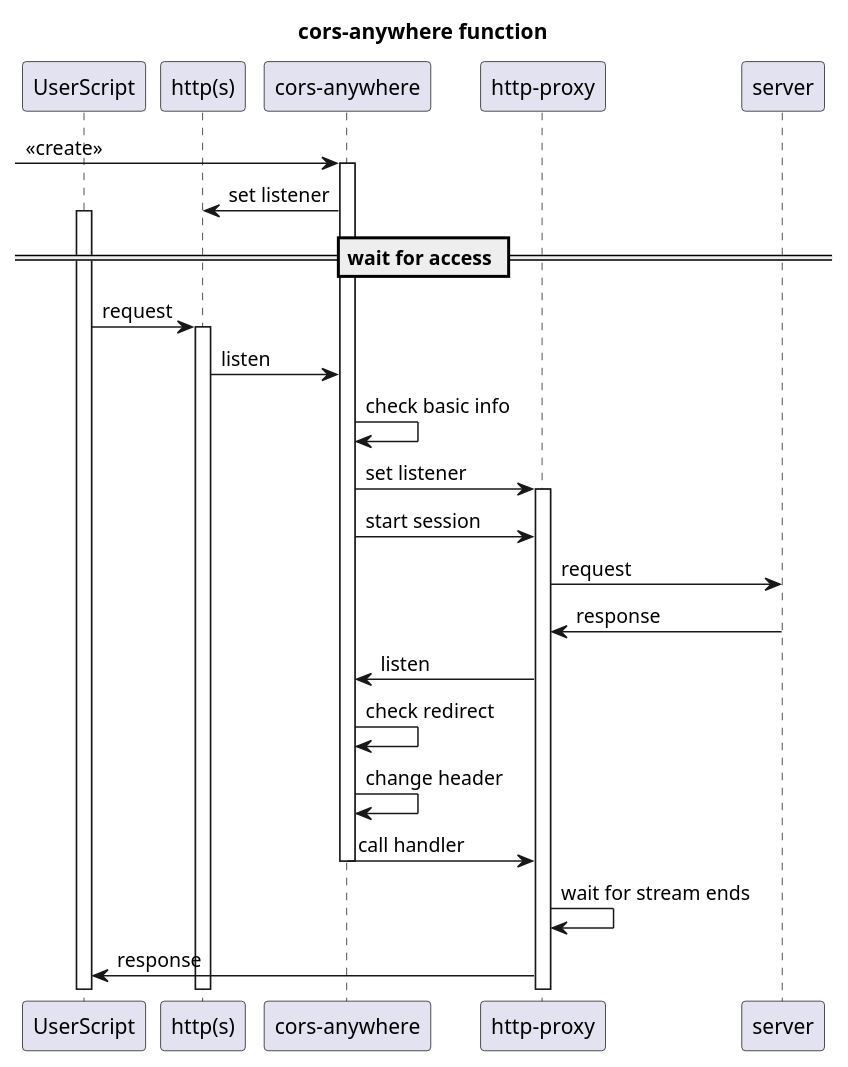
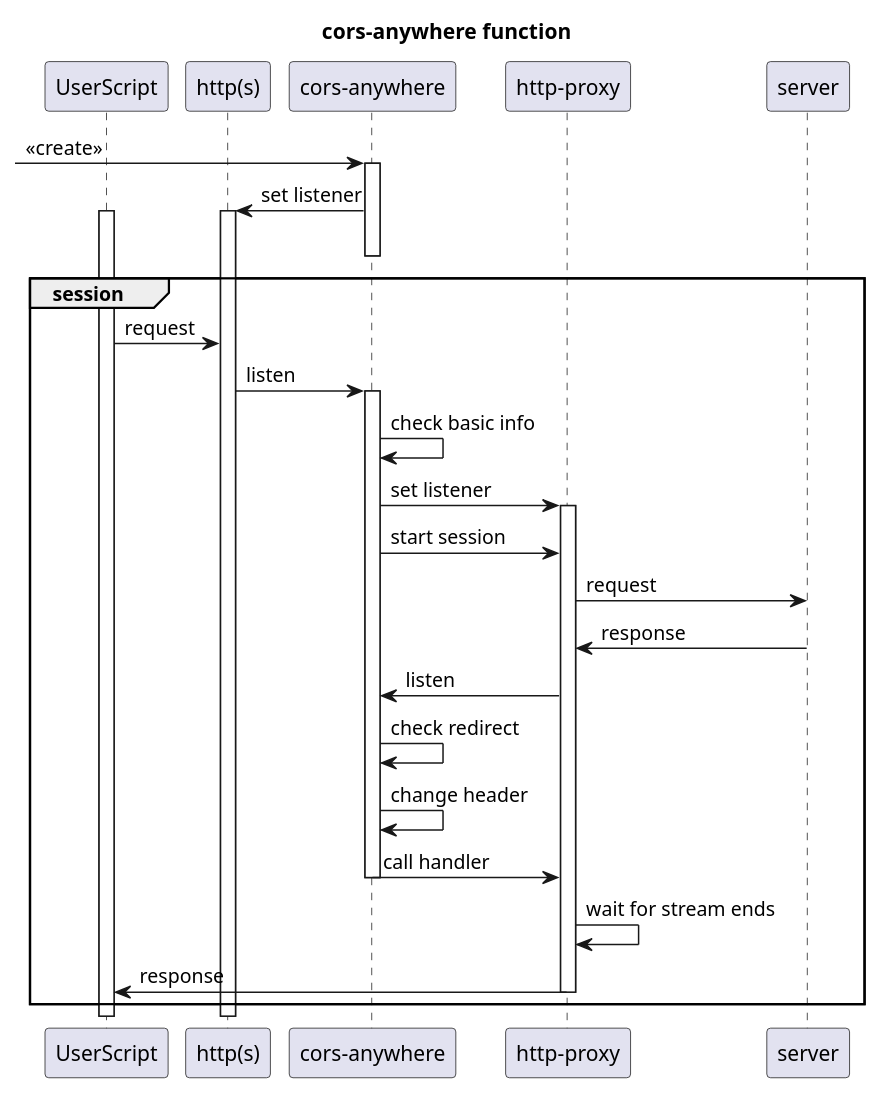
Before and after one commit to minaph/node-bitmap-proxy: the first of 3 diagrams in analysis.md, drawn with PlantUML. The commit also changed other lines of this file and 2 other files, not shown here.

````diff
--- a/analysis.md
+++ b/analysis.md
@@ -1,35 +1,39 @@
 ```plantuml
 title cors-anywhere function
 
 
 participant UserScript as user
 
 participant "http(s)" as http
 participant "cors-anywhere" as cors
 participant "http-proxy" as proxy
 participant server
 
 [-> cors ++: <<create>>
-cors -> http : set listener
+cors -> http ++: set listener
 
-== wait for access ==
+deactivate cors
+
+group session
 
 activate user
-user -> http ++: request
-http -> cors : listen
+user -> http : request
+http -> cors ++: listen
 cors -> cors : check basic info
 cors -> proxy ++ : set listener
 cors -> proxy : start session
 proxy -> server : request
 
 
 server -> proxy :response
 proxy -> cors : listen
 cors -> cors : check redirect
 cors -> cors : change header
 cors -> proxy --: call handler
 
 proxy -> proxy :wait for stream ends
-proxy -> user : response
+proxy -> user --: response
+
+end group
 
 ```
````
